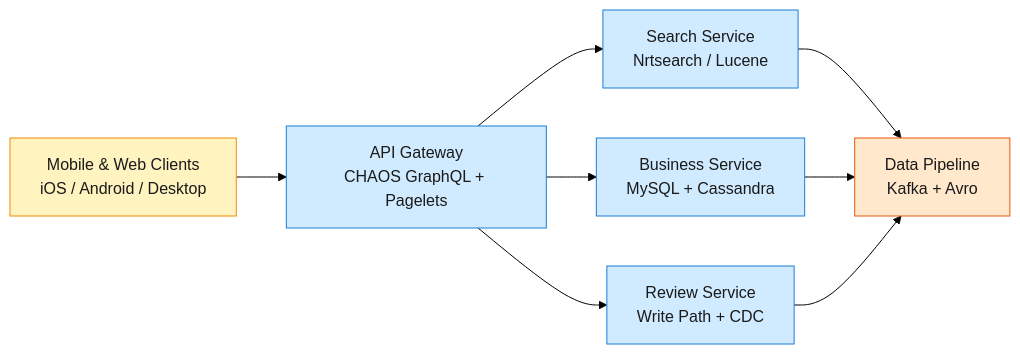
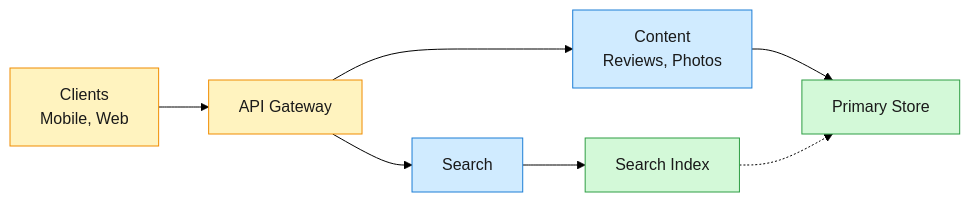
Before and after one commit to iliazlobin/iliazlobin.github.io: the first of 2 diagrams in _posts/2026-06-30-yelp.md, drawn with Mermaid (forest theme). The commit also changed other lines of this file and 45 other files, not shown here.

First line of the commit message:
Republish all posts from Notion: fix mermaid errors, drop §7 Trade-offs (#88)

````diff
--- a/_posts/2026-06-30-yelp.md
+++ b/_posts/2026-06-30-yelp.md
@@ -18,17 +18,23 @@
 ```mermaid
-graph LR
-    A[Mobile & Web Clients<br/>iOS / Android / Desktop] --> B[API Gateway<br/>CHAOS GraphQL + Pagelets]
-    B --> C[Search Service<br/>Nrtsearch / Lucene]
-    B --> D[Business Service<br/>MySQL + Cassandra]
-    B --> E[Review Service<br/>Write Path + CDC]
-    C --> F[Data Pipeline<br/>Kafka + Avro]
-    D --> F
-    E --> F
-    classDef edge fill:#fff3bf,stroke:#f08c00,color:#1a1a1a;
-    classDef svc fill:#d0ebff,stroke:#1c7ed6,color:#1a1a1a;
-    classDef store fill:#d3f9d8,stroke:#2f9e44,color:#1a1a1a;
-    classDef async fill:#ffe8cc,stroke:#e8590c,color:#1a1a1a;
-    class A edge;
-    class B,C,D,E svc;
-    class F async;
+flowchart LR
+    Client["Clients<br/>Mobile, Web"]
+    Gateway["API Gateway"]
+    Search["Search"]
+    Content["Content<br/>Reviews, Photos"]
+    IndexStore["Search Index"]
+    DataStore["Primary Store"]
+
+    Client --> Gateway
+    Gateway --> Search
+    Gateway --> Content
+    Search --> IndexStore
+    Content --> DataStore
+    IndexStore -.-> DataStore
+
+    classDef edge fill:#fff3bf,stroke:#f08c00,color:#1a1a1a
+    classDef svc fill:#d0ebff,stroke:#1c7ed6,color:#1a1a1a
+    classDef store fill:#d3f9d8,stroke:#2f9e44,color:#1a1a1a
+    class Client,Gateway edge
+    class Search,Content svc
+    class IndexStore,DataStore store
 ```
````
